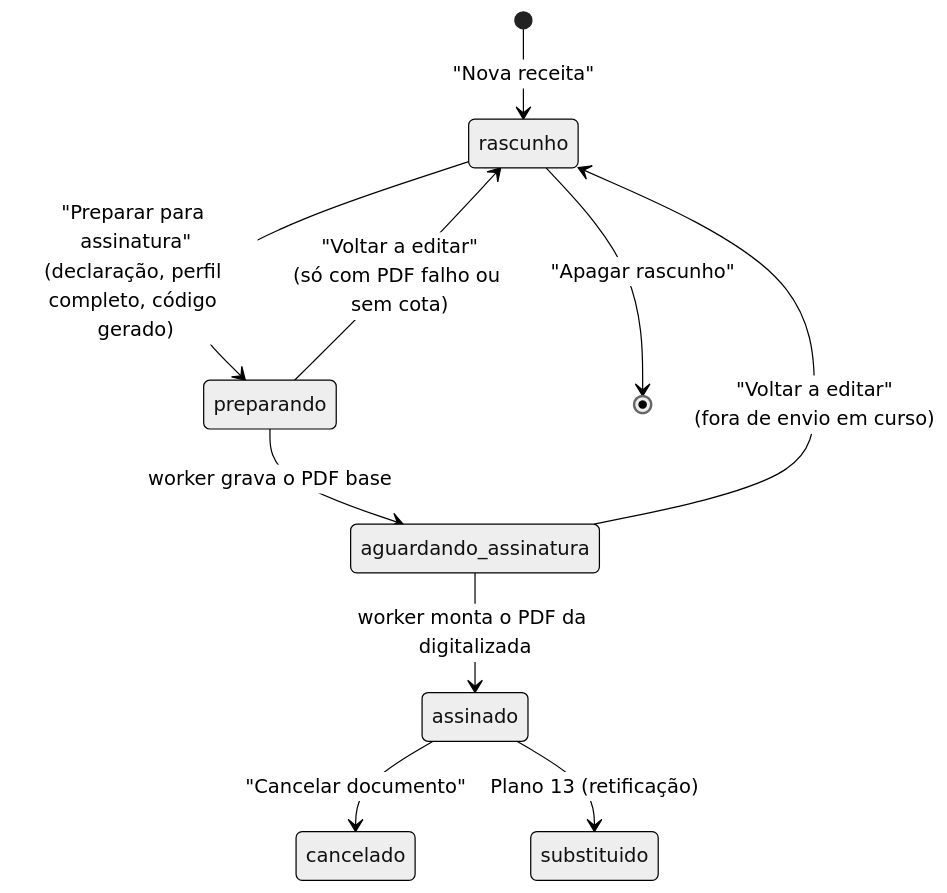
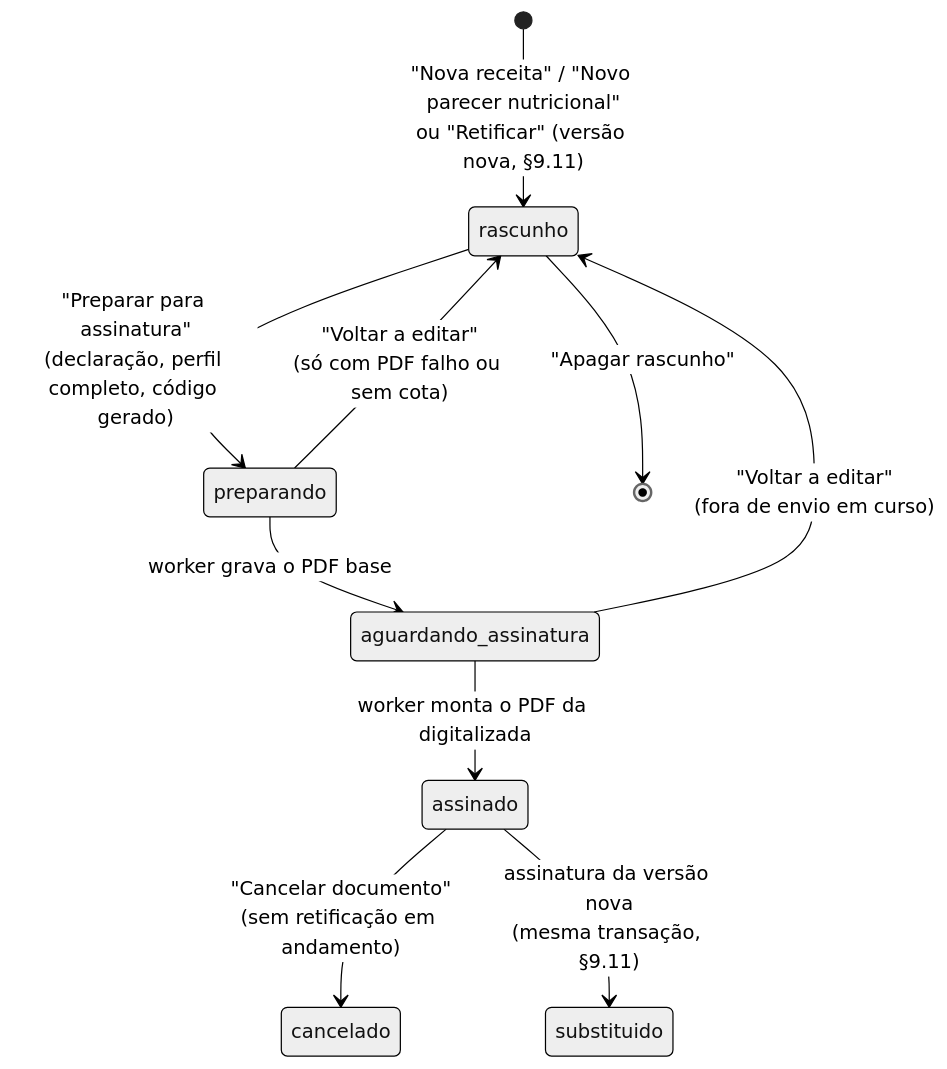
The diagram in docs/manual-tecnico/09-documentos-assinados.md (fabianojp06/nutridebby), drawn with Mermaid (neutral theme) before and after one commit. The commit also changed other lines of this file and 9 other files, not shown here.

````diff
--- a/docs/manual-tecnico/09-documentos-assinados.md
+++ b/docs/manual-tecnico/09-documentos-assinados.md
@@ -25,12 +28,12 @@
 ```mermaid
 stateDiagram-v2
-  [*] --> rascunho: "Nova receita"
+  [*] --> rascunho: "Nova receita" / "Novo parecer nutricional"<br/>ou "Retificar" (versão nova, §9.11)
   rascunho --> preparando: "Preparar para assinatura"<br/>(declaração, perfil completo, código gerado)
   rascunho --> [*]: "Apagar rascunho"
   preparando --> aguardando_assinatura: worker grava o PDF base
   preparando --> rascunho: "Voltar a editar"<br/>(só com PDF falho ou sem cota)
   aguardando_assinatura --> rascunho: "Voltar a editar"<br/>(fora de envio em curso)
   aguardando_assinatura --> assinado: worker monta o PDF da digitalizada
-  assinado --> cancelado: "Cancelar documento"
-  assinado --> substituido: Plano 13 (retificação)
+  assinado --> cancelado: "Cancelar documento"<br/>(sem retificação em andamento)
+  assinado --> substituido: assinatura da versão nova<br/>(mesma transação, §9.11)
 ```
````
